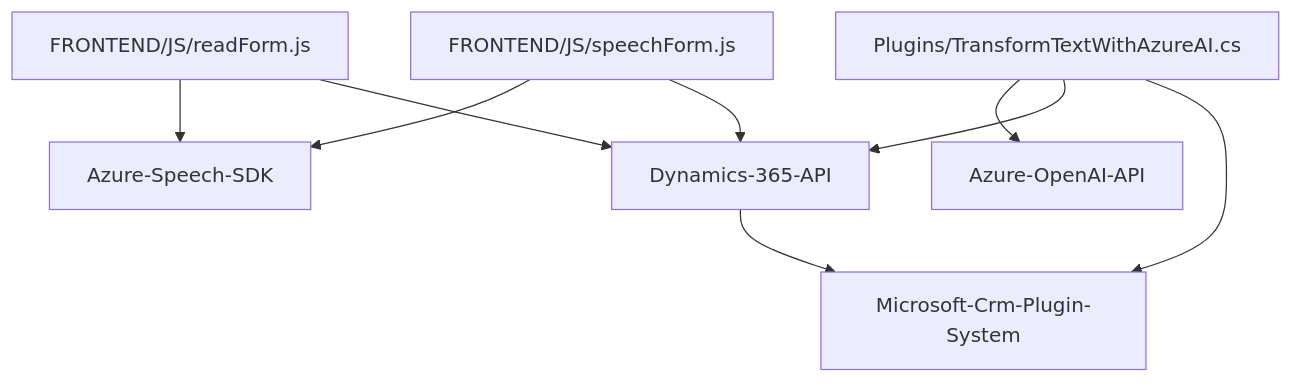
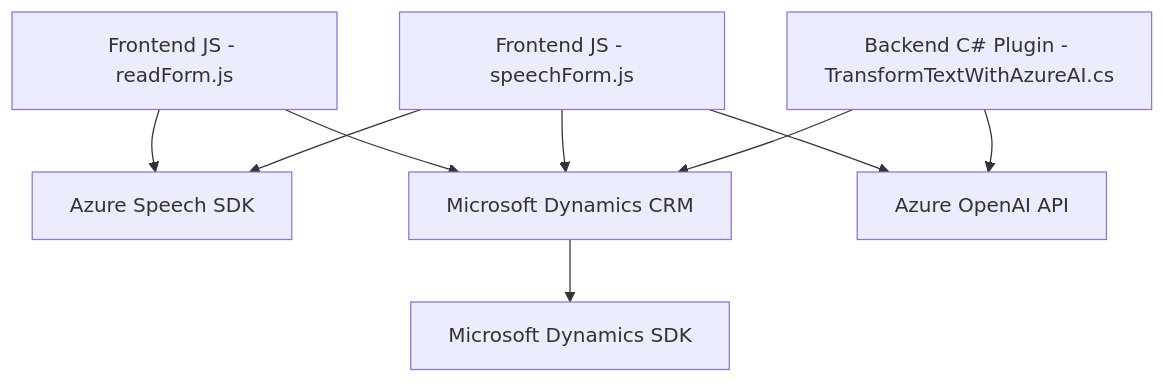
The diagram in README.md (blopezdm/NETCORE_BILBAO2025), drawn with Mermaid before and after one commit. The commit also changed other lines of this file, not shown here.

````diff
--- a/README.md
+++ b/README.md
@@ -52,19 +49,19 @@
 ```mermaid
 graph TD
-    A["FRONTEND/JS/readForm.js"]
-    B["FRONTEND/JS/speechForm.js"]
-    C["Plugins/TransformTextWithAzureAI.cs"]
-    D["Azure-Speech-SDK"]
-    E["Azure-OpenAI-API"]
-    F["Dynamics-365-API"]
-    G["Microsoft-Crm-Plugin-System"]
+    A["Frontend JS - readForm.js"]
+    B["Frontend JS - speechForm.js"]
+    C["Backend C# Plugin - TransformTextWithAzureAI.cs"]
+    D["Azure Speech SDK"]
+    E["Microsoft Dynamics SDK"]
+    F["Microsoft Dynamics CRM"]
+    G["Azure OpenAI API"]
 
     A --> D
     A --> F
     B --> D
     B --> F
-    C --> E
+    B --> G
     C --> F
     C --> G
-    F --> G
+    F --> E
 ```
````
